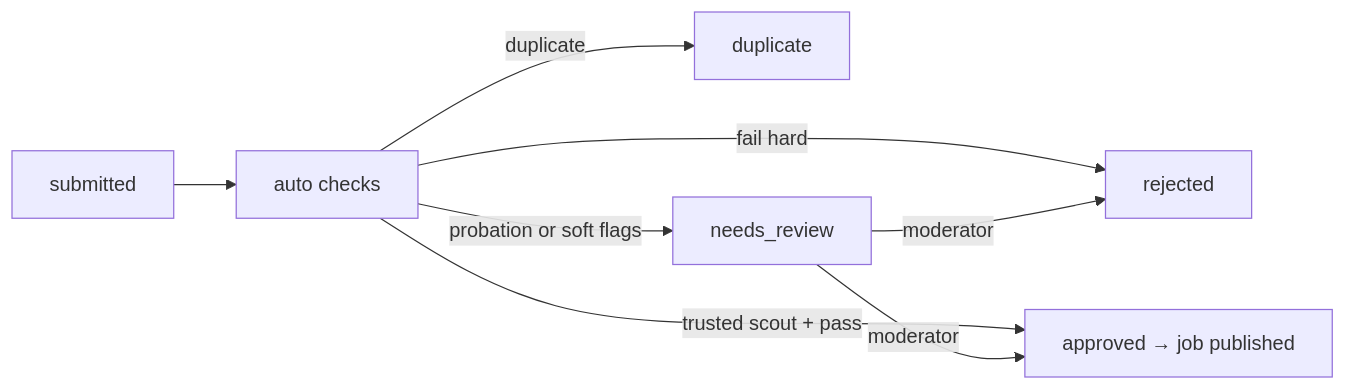
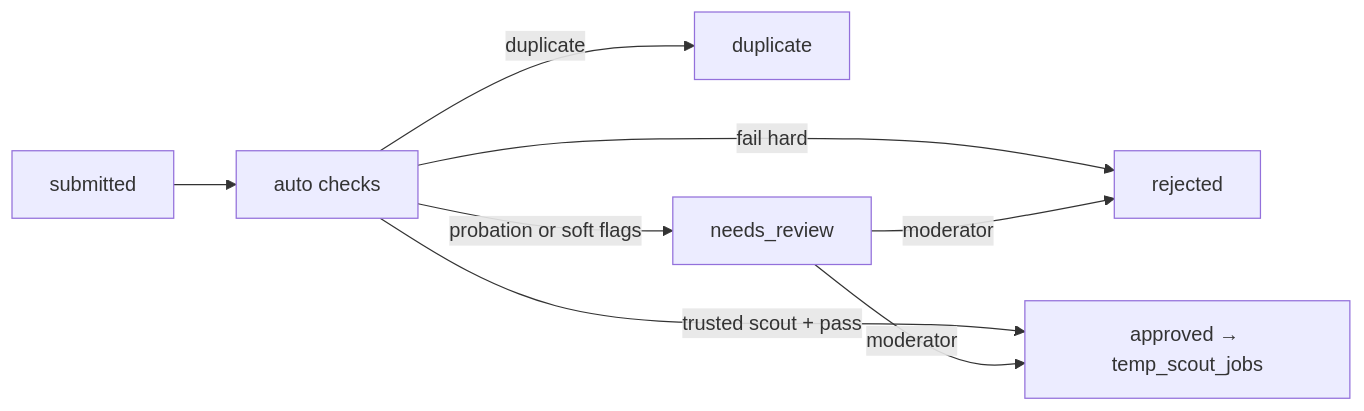
Before and after one commit to sid0709/Joined: the diagram in docs/13-platform-scout.md, drawn with Mermaid. The commit also changed other lines of this file and 87 other files, not shown here.

````diff
--- a/docs/13-platform-scout.md
+++ b/docs/13-platform-scout.md
@@ -20,10 +20,10 @@
 ```mermaid
 flowchart LR
   S[submitted] --> A[auto checks]
   A -->|fail hard| R[rejected]
   A -->|duplicate| D[duplicate]
-  A -->|trusted scout + pass| P[approved → job published]
+  A -->|trusted scout + pass| P[approved → temp_scout_jobs]
   A -->|probation or soft flags| Q[needs_review]
   Q -->|moderator| P
   Q -->|moderator| R
 ```
````
